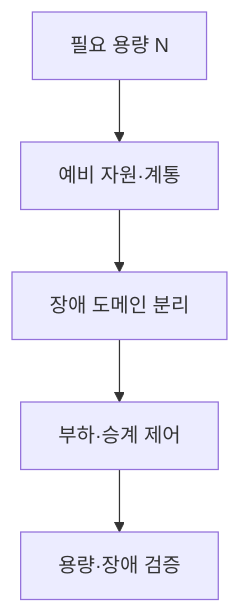
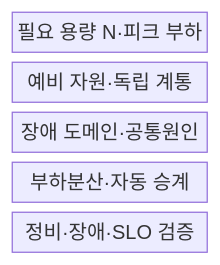
One commit to agnusdei1207/knowledge-base changed the first of 2 diagrams in src/content/docs/notes/06-evaluation/024_redundancy_configuration.md. Above: the diagram before and after it, drawn with Mermaid. The commit also changed other lines of this file and 6 other files, not shown here.

````diff
--- a/src/content/docs/notes/06-evaluation/024_redundancy_configuration.md
+++ b/src/content/docs/notes/06-evaluation/024_redundancy_configuration.md
@@ -59,7 +59,9 @@
 ```mermaid
-flowchart TB
-    A[필요 용량 N] --> B[예비 자원·계통]
-    B --> C[장애 도메인 분리]
-    C --> D[부하·승계 제어]
-    D --> E[용량·장애 검증]
+block-beta
+  columns 1
+  N["필요 용량 N·피크 부하"]
+  R["예비 자원·독립 계통"]
+  F["장애 도메인·공통원인"]
+  C["부하분산·자동 승계"]
+  V["정비·장애·SLO 검증"]
 ```
````
